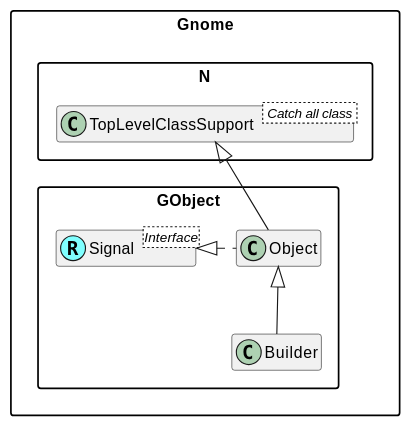
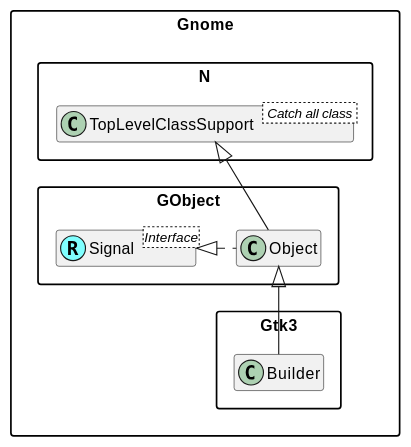
The diagram in doc/plantuml/Builder.md (MARTIMM/gnome-gtk3), drawn with PlantUML before and after one commit. The commit also changed 1 other file, not shown here.

Commit message:
Builder in wrong repo

````diff
--- a/doc/plantuml/Builder.md
+++ b/doc/plantuml/Builder.md
@@ -1,23 +1,23 @@
 ```plantuml
 @startuml
 
 skinparam packageStyle rectangle
 skinparam stereotypeCBackgroundColor #80ffff
 set namespaceSeparator ::
 hide members
 
 'Class and interface decorations
 class Gnome::N::TopLevelClassSupport < Catch all class >
 
 Interface Gnome::GObject::Signal <Interface>
 class Gnome::GObject::Signal <<(R,#80ffff)>>
 
 'Class connections
 Gnome::N::TopLevelClassSupport <|-- Gnome::GObject::Object
 Gnome::GObject::Signal <|. Gnome::GObject::Object
 
-Gnome::GObject::Object <|-- Gnome::GObject::Builder
+Gnome::GObject::Object <|-- Gnome::Gtk3::Builder
 
 
 @enduml
 ```
````
